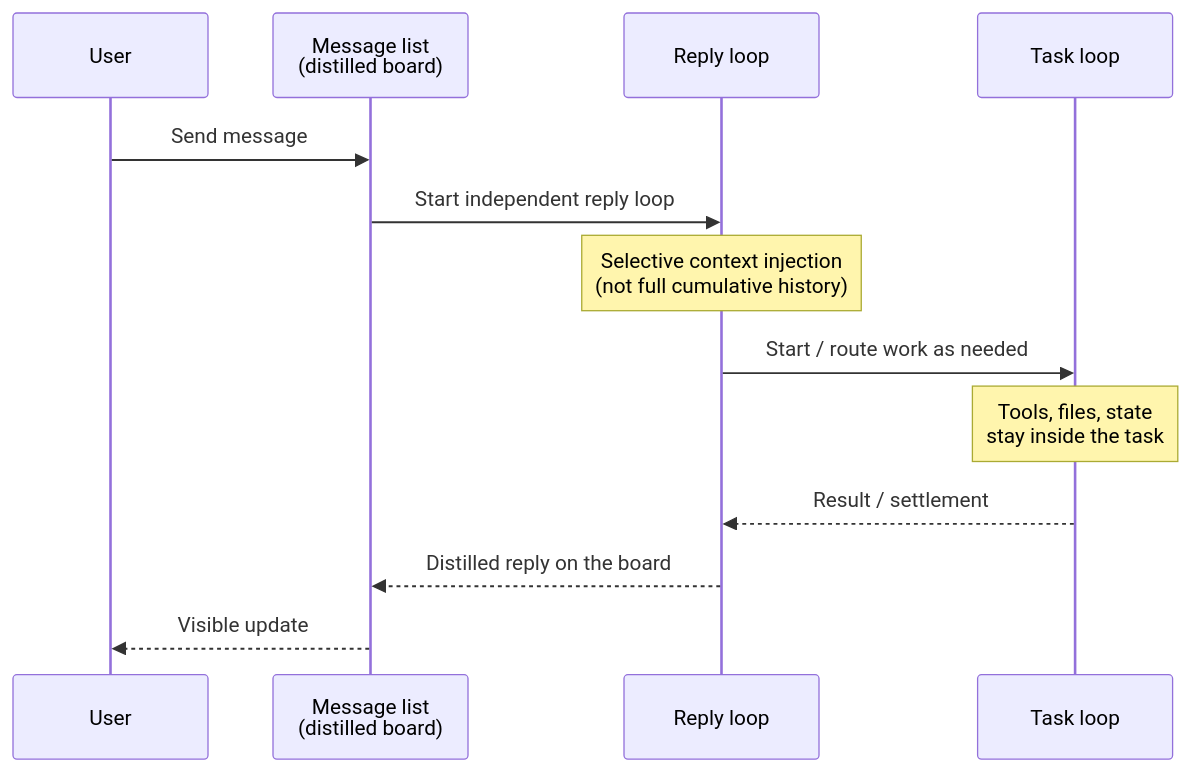
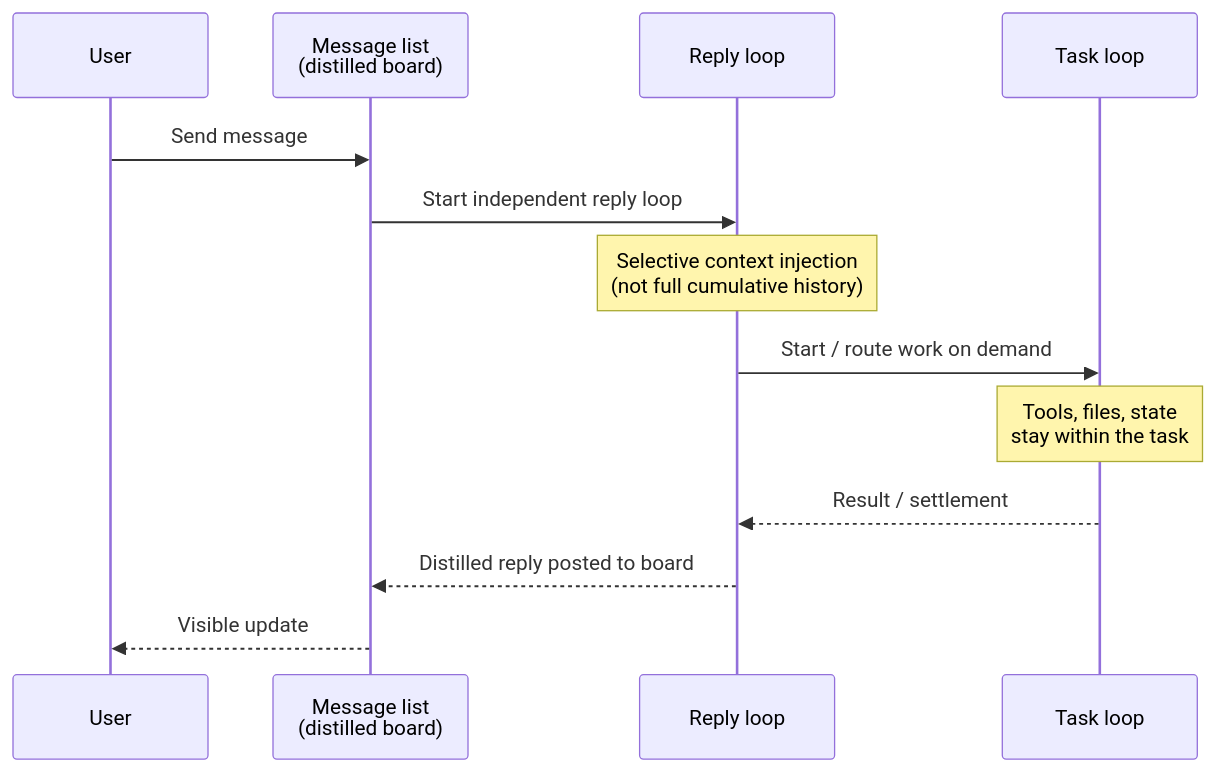
Before and after one commit to jooler/kepcup: the first of 2 diagrams in README.md, drawn with Mermaid. The commit also changed other lines of this file and 5 other files, not shown here.

````diff
--- a/README.md
+++ b/README.md
@@ -44,16 +39,16 @@
 ```mermaid
 sequenceDiagram
   participant U as User
   participant Board as Message list<br/>(distilled board)
   participant Reply as Reply loop
   participant Task as Task loop
 
   U->>Board: Send message
   Board->>Reply: Start independent reply loop
   Note over Reply: Selective context injection<br/>(not full cumulative history)
-  Reply->>Task: Start / route work as needed
-  Note over Task: Tools, files, state<br/>stay inside the task
+  Reply->>Task: Start / route work on demand
+  Note over Task: Tools, files, state<br/>stay within the task
   Task-->>Reply: Result / settlement
-  Reply-->>Board: Distilled reply on the board
+  Reply-->>Board: Distilled reply posted to board
   Board-->>U: Visible update
 ```
````
